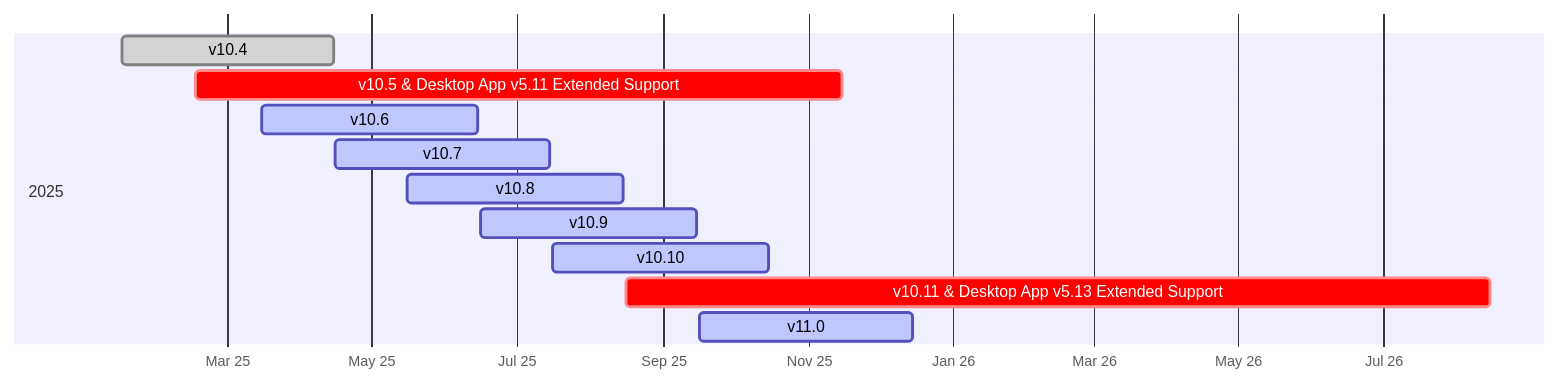
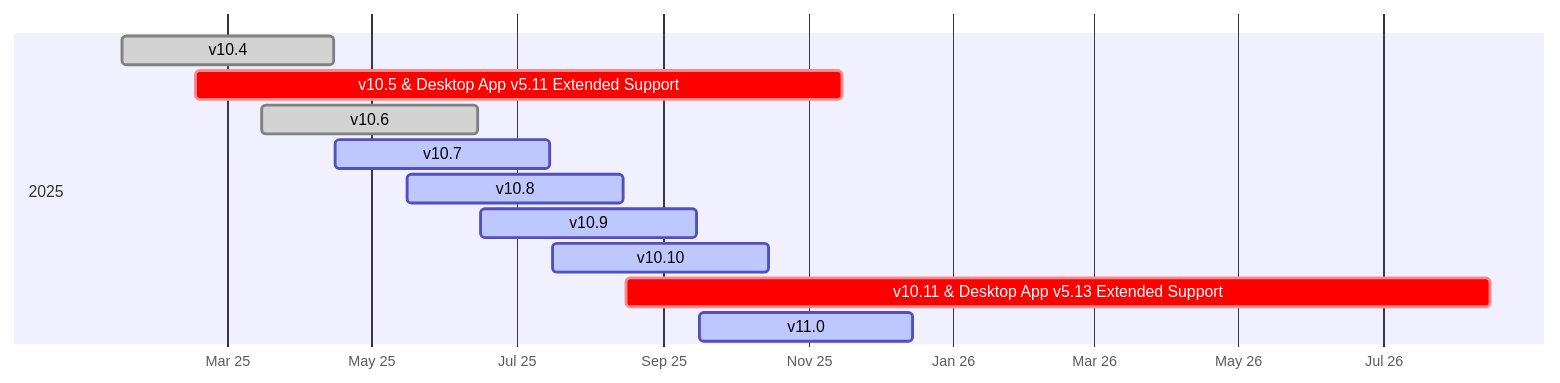
The diagram in source/about/release-policy.md (mattermost/docs), drawn with Mermaid before and after one commit.

````diff
--- a/source/about/release-policy.md
+++ b/source/about/release-policy.md
@@ -53,18 +53,18 @@
 ```{mermaid}
 
 gantt
     dateFormat  YYYY-MM-DD
     axisFormat  %b %y
     tickInterval 2month
 
     section 2025
     v10.4                  :done,  2025-01-16, 2025-04-15
     v10.5 & Desktop App v5.11 Extended Support :crit,    2025-02-16, 2025-11-15
-    v10.6                  :active, 2025-03-16, 2025-06-15
+    v10.6                  :done, 2025-03-16, 2025-06-15
     v10.7                  :active, 2025-04-16, 2025-07-15
     v10.8                  :active, 2025-05-16, 2025-08-15
     v10.9                  :active, 2025-06-16, 2025-09-15
     v10.10                 :active, 2025-07-16, 2025-10-15
     v10.11 & Desktop App v5.13 Extended Support :crit,    2025-08-16, 2026-08-15
     v11.0                  :active, 2025-09-16, 2025-12-15
 ```
````
